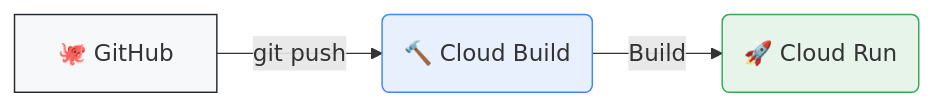
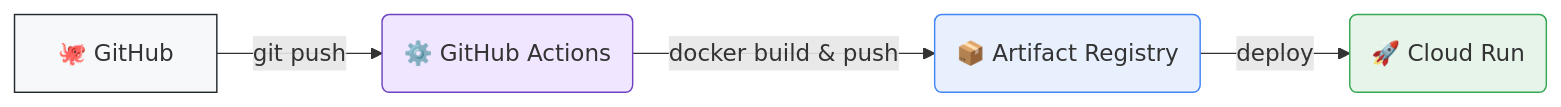
One commit to mayk-developer/Cheatsheet-myke changed the first of 3 diagrams in CiCdCloudRun.md. Above: the diagram before and after it, drawn with Mermaid. The commit also changed other lines of this file and 2 other files, not shown here.

Commit message:
adding change to github actions deploy

````diff
--- a/CiCdCloudRun.md
+++ b/CiCdCloudRun.md
@@ -11,8 +12,10 @@
 ```mermaid
 graph LR
-    A[🐙 GitHub] -->|git push| B(🔨 Cloud Build)
-    B -->|Build| C(🚀 Cloud Run)
+    A[🐙 GitHub] -->|git push| B(⚙️ GitHub Actions)
+    B -->|docker build & push| C(📦 Artifact Registry)
+    C -->|deploy| D(🚀 Cloud Run)
     style A fill:#f6f8fa,stroke:#24292e
-    style B fill:#e8f0fe,stroke:#4285f4
-    style C fill:#e6f4ea,stroke:#34a853
+    style B fill:#f0e6ff,stroke:#6f42c1
+    style C fill:#e8f0fe,stroke:#4285f4
+    style D fill:#e6f4ea,stroke:#34a853
 ```
````
